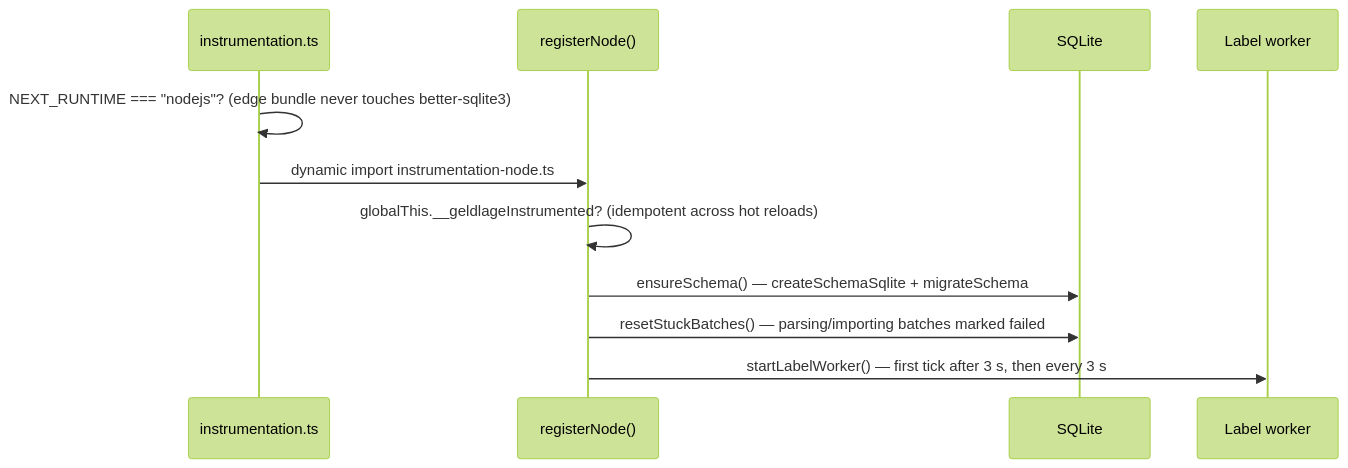
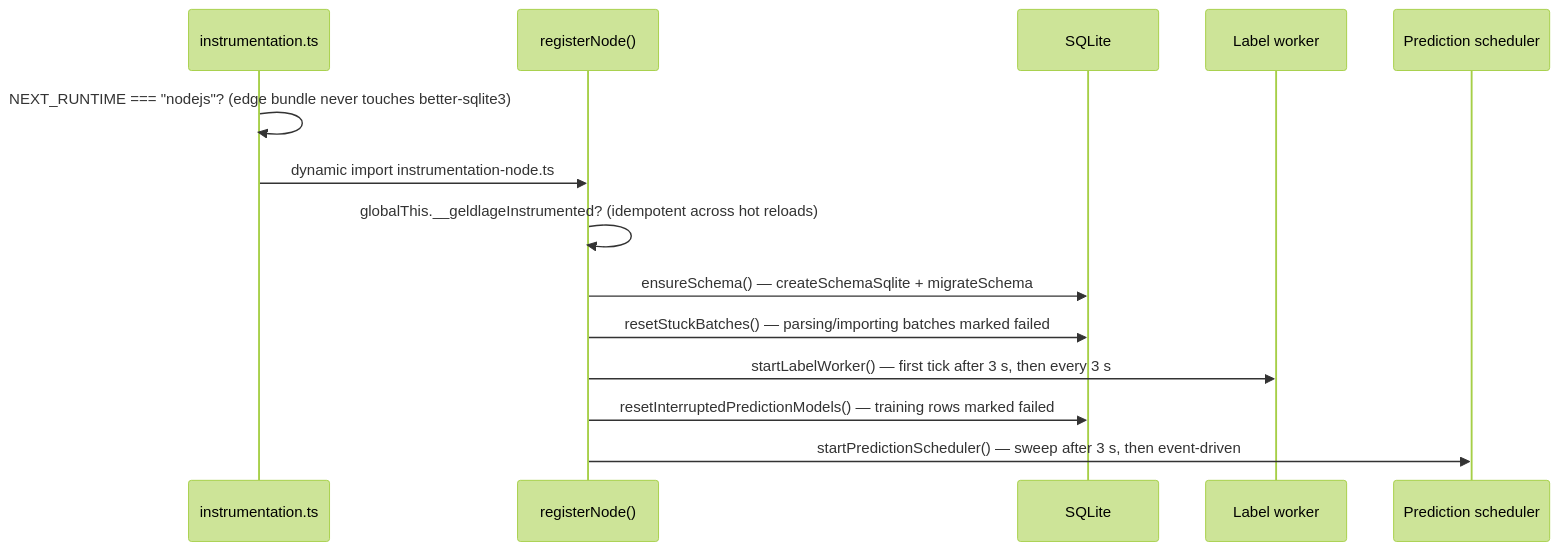
One commit to j-stechmann/geldlage changed the second of 3 diagrams in docs/architecture.md. Above: the diagram before and after it, drawn with Mermaid (forest theme). The commit also changed other lines of this file and 75 other files, not shown here.

````diff
--- a/docs/architecture.md
+++ b/docs/architecture.md
@@ -78,13 +86,16 @@
 ```mermaid
 sequenceDiagram
   participant I as instrumentation.ts
   participant R as registerNode()
   participant DB as SQLite
   participant W as Label worker
+  participant P as Prediction scheduler
   I->>I: NEXT_RUNTIME === "nodejs"? (edge bundle never touches better-sqlite3)
   I->>R: dynamic import instrumentation-node.ts
   R->>R: globalThis.__geldlageInstrumented? (idempotent across hot reloads)
   R->>DB: ensureSchema() — createSchemaSqlite + migrateSchema
   R->>DB: resetStuckBatches() — parsing/importing batches marked failed
   R->>W: startLabelWorker() — first tick after 3 s, then every 3 s
+  R->>DB: resetInterruptedPredictionModels() — training rows marked failed
+  R->>P: startPredictionScheduler() — sweep after 3 s, then event-driven
 ```
````
